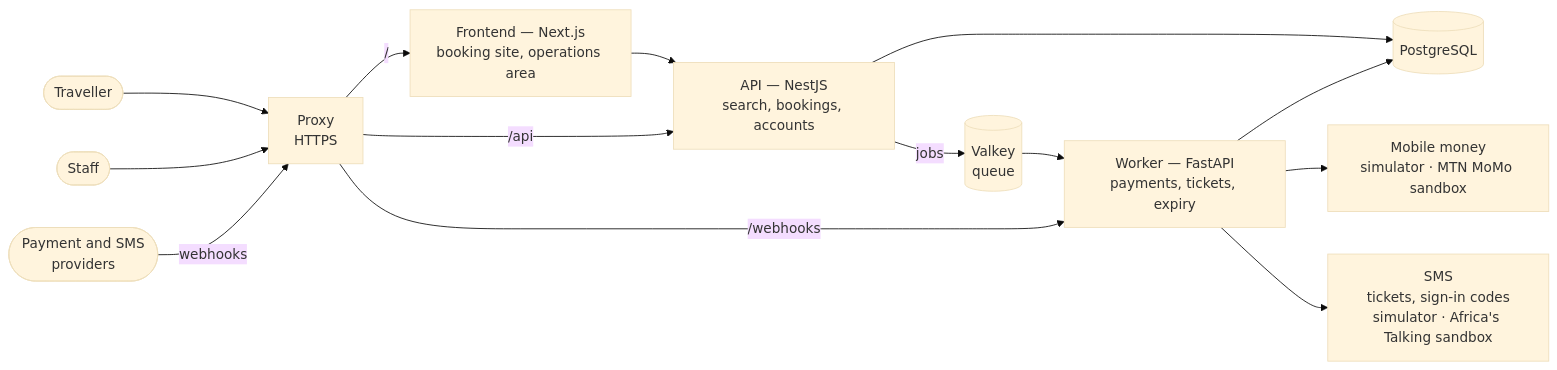
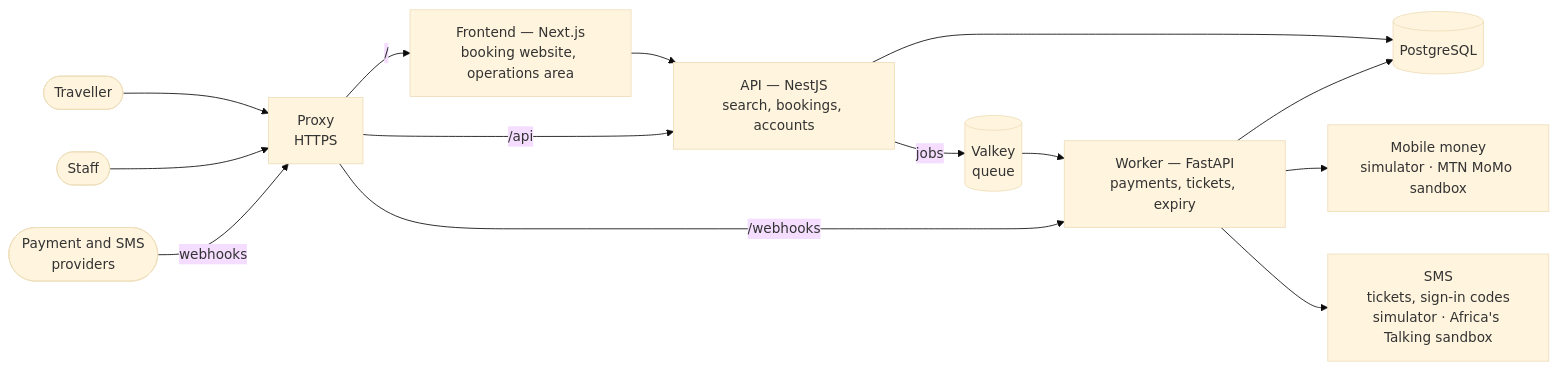
The diagram in README.md (CREDO23/devops-lab), drawn with Mermaid (base theme) before and after one commit. The commit also changed other lines of this file and 3 other files, not shown here.

Commit message:
docs: use pnpm and name the frontend web

````diff
--- a/README.md
+++ b/README.md
@@ -9,16 +9,16 @@
 ```mermaid
 flowchart LR
     traveller([Traveller]) --> proxy[Proxy<br/>HTTPS]
     ops([Staff]) --> proxy
     providers([Payment and SMS<br/>providers]) -->|webhooks| proxy
-    proxy -->|/| web["Frontend — Next.js<br/>booking site, operations area"]
+    proxy -->|/| web["Frontend — Next.js<br/>booking website, operations area"]
     proxy -->|/api| api["API — NestJS<br/>search, bookings, accounts"]
     proxy -->|/webhooks| worker["Worker — FastAPI<br/>payments, tickets, expiry"]
     web --> api
     api --> db[("PostgreSQL")]
     api -->|jobs| queue[("Valkey<br/>queue")]
     queue --> worker
     worker --> db
     worker --> pay[Mobile money<br/>simulator · MTN MoMo sandbox]
     worker --> sms[SMS<br/>tickets, sign-in codes<br/>simulator · Africa's Talking sandbox]
 ```
````
